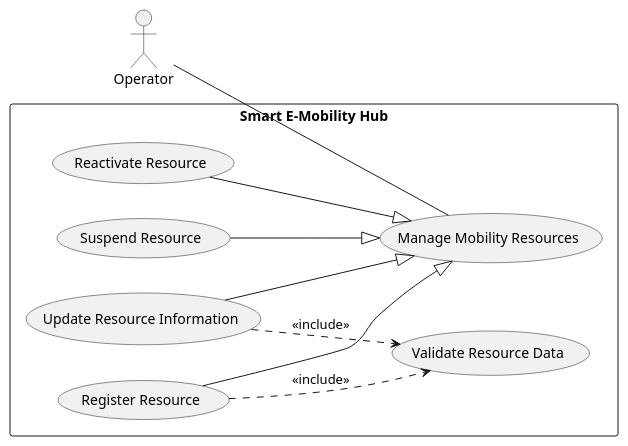
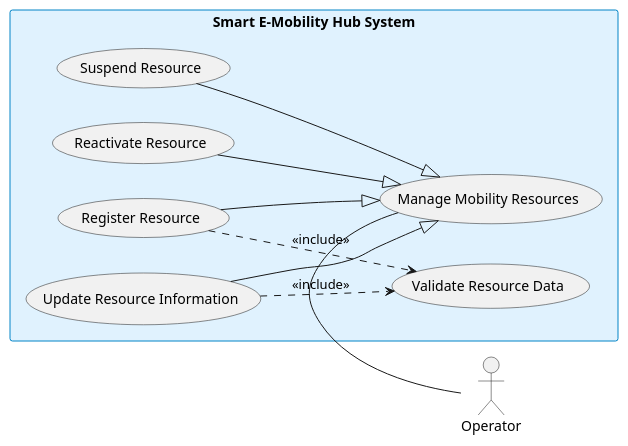
Diagram 19 of 30 in 01_Diagram/01_Usecase_Diagram/PLANTUML_ALL.md (YdtTran/software-engineerning), drawn with PlantUML before and after one commit. The commit also changed other lines of this file and 217 other files, not shown here.

````diff
--- a/01_Diagram/01_Usecase_Diagram/PLANTUML_ALL.md
+++ b/01_Diagram/01_Usecase_Diagram/PLANTUML_ALL.md
@@ -343,28 +403,24 @@
 ```plantuml
 @startuml
 left to right direction
-skinparam packageStyle rectangle
 skinparam shadowing false
-
-actor "Operator" as Operator
-
-rectangle "Smart E-Mobility Hub" {
-    usecase "Manage Mobility Resources" as UC_Manage
-    usecase "Suspend Resource" as UC_Suspend
-    usecase "Reactivate Resource" as UC_Reactivate
-    usecase "Register Resource" as UC_Register
-    usecase "Update Resource Information" as UC_Update
-    usecase "Validate Resource Data" as UC_Validate
-
-    UC_Suspend --|> UC_Manage
-    UC_Reactivate --|> UC_Manage
-    UC_Register --|> UC_Manage
-    UC_Update --|> UC_Manage
-
-    UC_Register ..> UC_Validate : <<include>>
-    UC_Update ..> UC_Validate : <<include>>
+skinparam rectangleBackgroundColor #e0f2fe
+skinparam rectangleBorderColor #0284c7
+actor "Operator" as actor_left
+rectangle "Smart E-Mobility Hub System" {
+  usecase "Suspend Resource" as uc_child1
+  usecase "Reactivate Resource" as uc_child2
+  usecase "Register Resource" as uc_child3
+  usecase "Update Resource Information" as uc_child4
+  usecase "Manage Mobility Resources" as uc_base
+  usecase "Validate Resource Data" as uc_validate
 }
-
-Operator -- UC_Manage
+actor_left -right- uc_base
+uc_child1 --|> uc_base
+uc_child2 --|> uc_base
+uc_child3 --|> uc_base
+uc_child4 --|> uc_base
+uc_child3 ..> uc_validate : <<include>>
+uc_child4 ..> uc_validate : <<include>>
 @enduml
 ```
````
